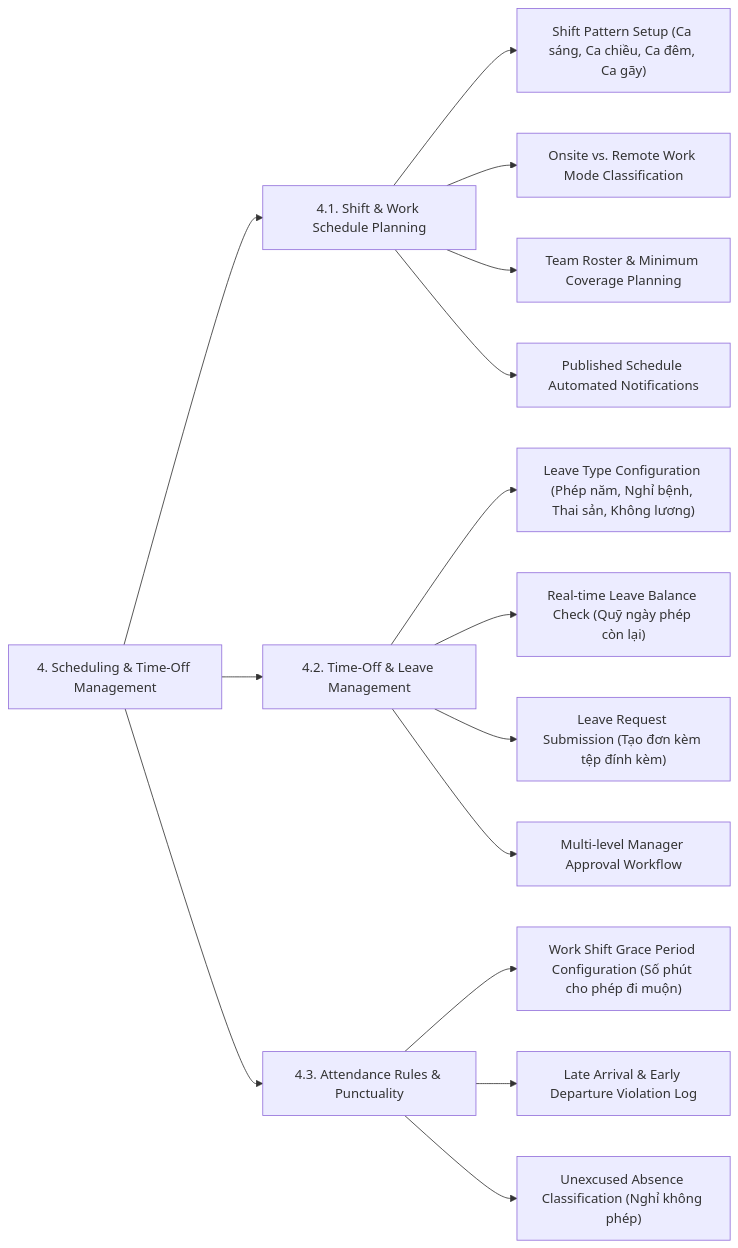
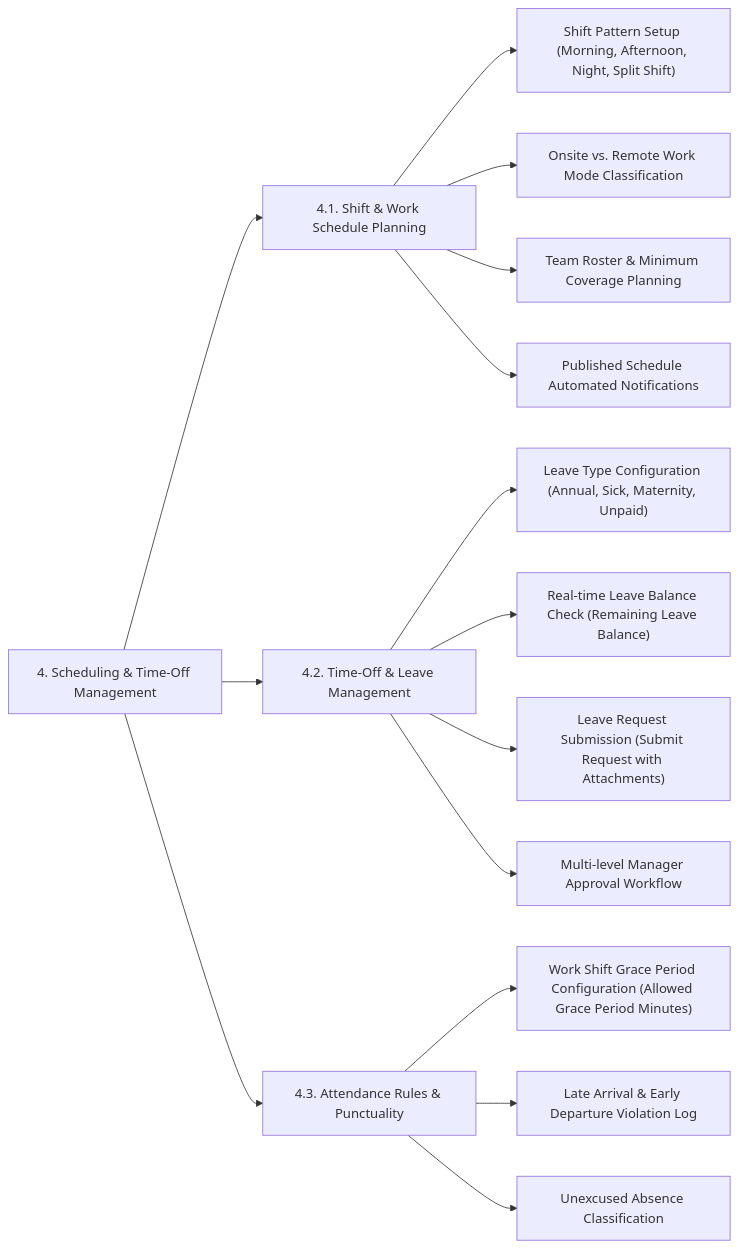
The fifth of 6 diagrams in README.md (Dikhang1112/Monitoring_HR), drawn with Mermaid before and after one commit. The commit also changed other lines of this file and 53 other files, not shown here.

Commit message:
Refactor usecase diagram of People manager

````diff
--- a/README.md
+++ b/README.md
@@ -278,24 +278,24 @@
 ```mermaid
 flowchart LR
     ROOT["4. Scheduling & Time-Off Management"]
 
     %% Branch 1: Shift & Work Schedule Planning
     ROOT --> SCHED["4.1. Shift & Work Schedule Planning"]
-    SCHED --> S1["Shift Pattern Setup (Ca sáng, Ca chiều, Ca đêm, Ca gãy)"]
+    SCHED --> S1["Shift Pattern Setup (Morning, Afternoon, Night, Split Shift)"]
     SCHED --> S2["Onsite vs. Remote Work Mode Classification"]
     SCHED --> S3["Team Roster & Minimum Coverage Planning"]
     SCHED --> S4["Published Schedule Automated Notifications"]
 
     %% Branch 2: Time-Off & Leave Requests
     ROOT --> LEAVE["4.2. Time-Off & Leave Management"]
-    LEAVE --> L1["Leave Type Configuration (Phép năm, Nghỉ bệnh, Thai sản, Không lương)"]
-    LEAVE --> L2["Real-time Leave Balance Check (Quỹ ngày phép còn lại)"]
-    LEAVE --> L3["Leave Request Submission (Tạo đơn kèm tệp đính kèm)"]
+    LEAVE --> L1["Leave Type Configuration (Annual, Sick, Maternity, Unpaid)"]
+    LEAVE --> L2["Real-time Leave Balance Check (Remaining Leave Balance)"]
+    LEAVE --> L3["Leave Request Submission (Submit Request with Attachments)"]
     LEAVE --> L4["Multi-level Manager Approval Workflow"]
 
     %% Branch 3: Attendance Rules & Punctuality
     ROOT --> RULE["4.3. Attendance Rules & Punctuality"]
-    RULE --> R1["Work Shift Grace Period Configuration (Số phút cho phép đi muộn)"]
+    RULE --> R1["Work Shift Grace Period Configuration (Allowed Grace Period Minutes)"]
     RULE --> R2["Late Arrival & Early Departure Violation Log"]
-    RULE --> R3["Unexcused Absence Classification (Nghỉ không phép)"]
+    RULE --> R3["Unexcused Absence Classification"]
 ```
````
